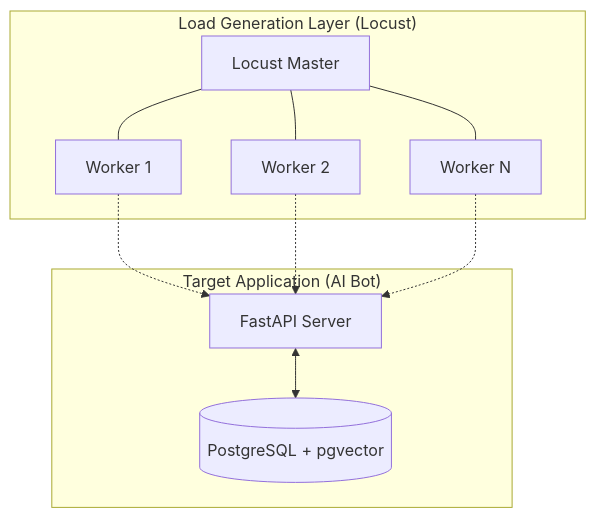
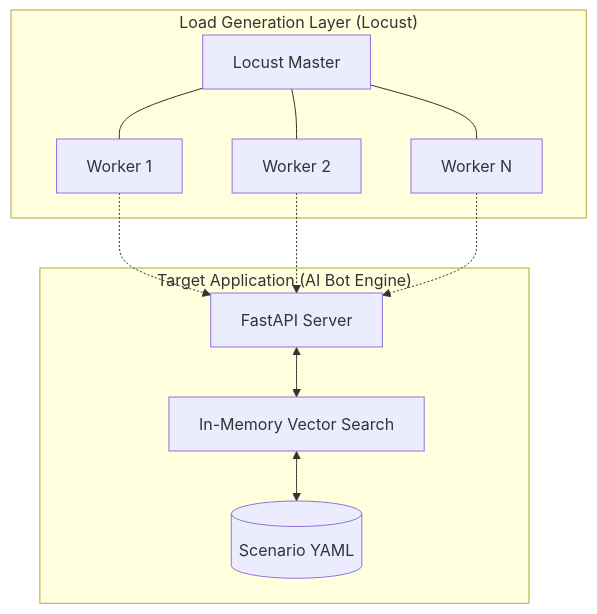
The diagram in README.md (TToH4uK/ai-load-tester), drawn with Mermaid before and after one commit. The commit also changed other lines of this file and 3 other files, not shown here.

````diff
--- a/README.md
+++ b/README.md
@@ -11,18 +11,20 @@
 ```mermaid
 graph TD
     subgraph "Load Generation Layer (Locust)"
         Master[Locust Master]
         W1[Worker 1]
         W2[Worker 2]
         W3[Worker N]
     end
 
-    subgraph "Target Application (AI Bot)"
+    subgraph "Target Application (AI Bot Engine)"
         Bot[FastAPI Server]
-        DB[(PostgreSQL + pgvector)]
+        Search[In-Memory Vector Search]
+        YAML[(Scenario YAML)]
     end
 
     W1 & W2 & W3 -.-> Bot
-    Bot <--> DB
+    Bot <--> Search
+    Search <--> YAML
     Master --- W1 & W2 & W3
 ```
````
